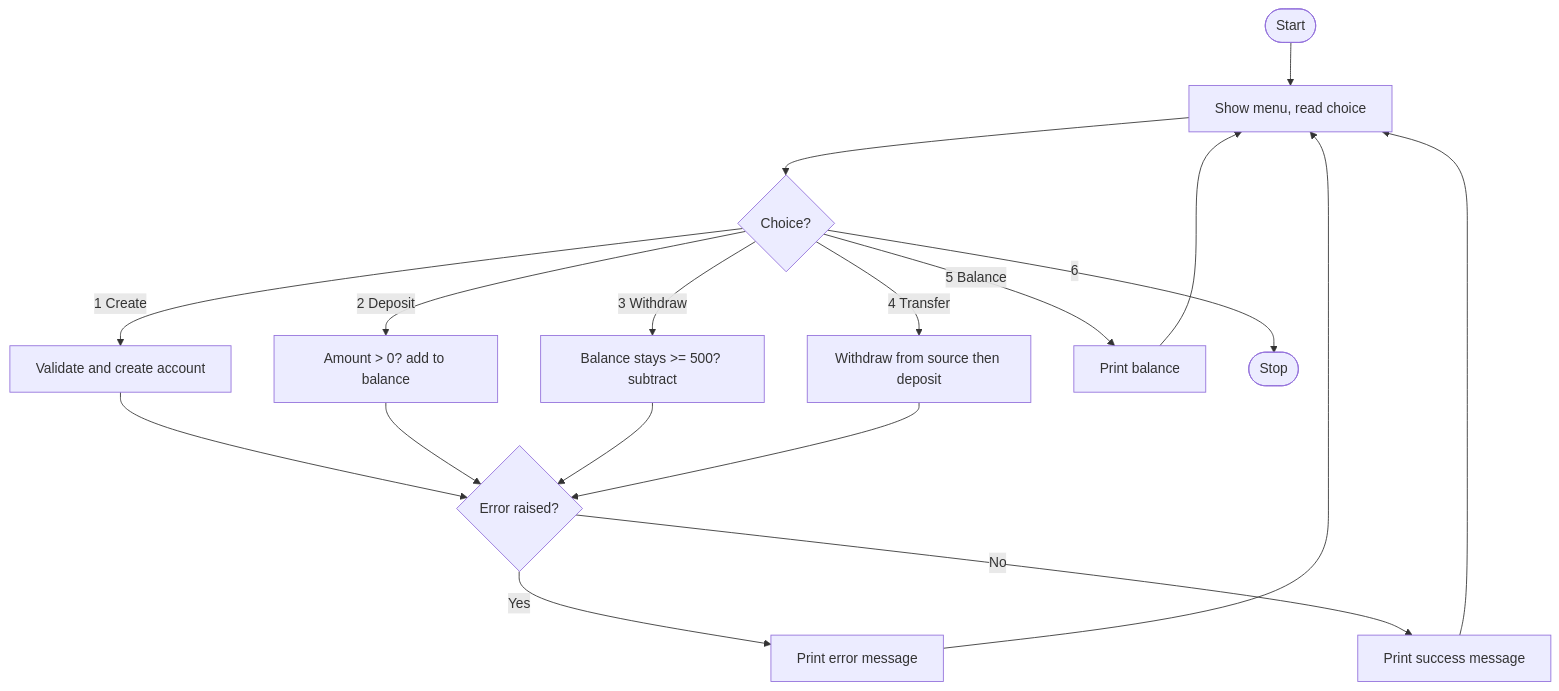
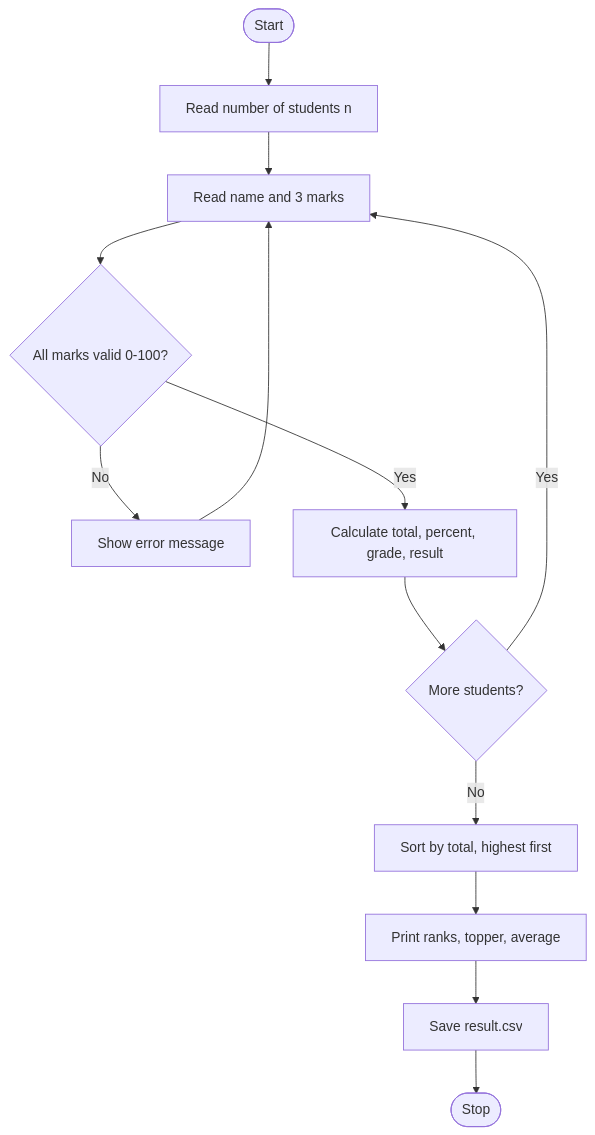
The diagram in README.md (thevisionn/2026_27_cse4-264_python_programming), drawn with Mermaid before and after one commit. The commit also changed other lines of this file, not shown here.

````diff
--- a/README.md
+++ b/README.md
@@ -58,20 +54,15 @@
 ```mermaid
 flowchart TD
-A(["Start"]) --> B["Show menu, read choice"]
-B --> C{"Choice?"}
-C -->|1 Create| D["Validate and create account"]
-C -->|2 Deposit| E["Amount > 0? add to balance"]
-C -->|3 Withdraw| F["Balance stays >= 500? subtract"]
-C -->|4 Transfer| G["Withdraw from source then deposit"]
-C -->|5 Balance| H["Print balance"]
-C -->|6| I(["Stop"])
-D --> X{"Error raised?"}
-E --> X
-F --> X
-G --> X
-H --> B
-X -->|Yes| Y["Print error message"]
-X -->|No| Z["Print success message"]
-Y --> B
-Z --> B
+A(["Start"]) --> B["Read number of students n"]
+B --> C["Read name and 3 marks"]
+C --> D{"All marks valid 0-100?"}
+D -->|No| E["Show error message"]
+E --> C
+D -->|Yes| F["Calculate total, percent, grade, result"]
+F --> G{"More students?"}
+G -->|Yes| C
+G -->|No| H["Sort by total, highest first"]
+H --> I["Print ranks, topper, average"]
+I --> J["Save result.csv"]
+J --> K(["Stop"])
 ```
````
